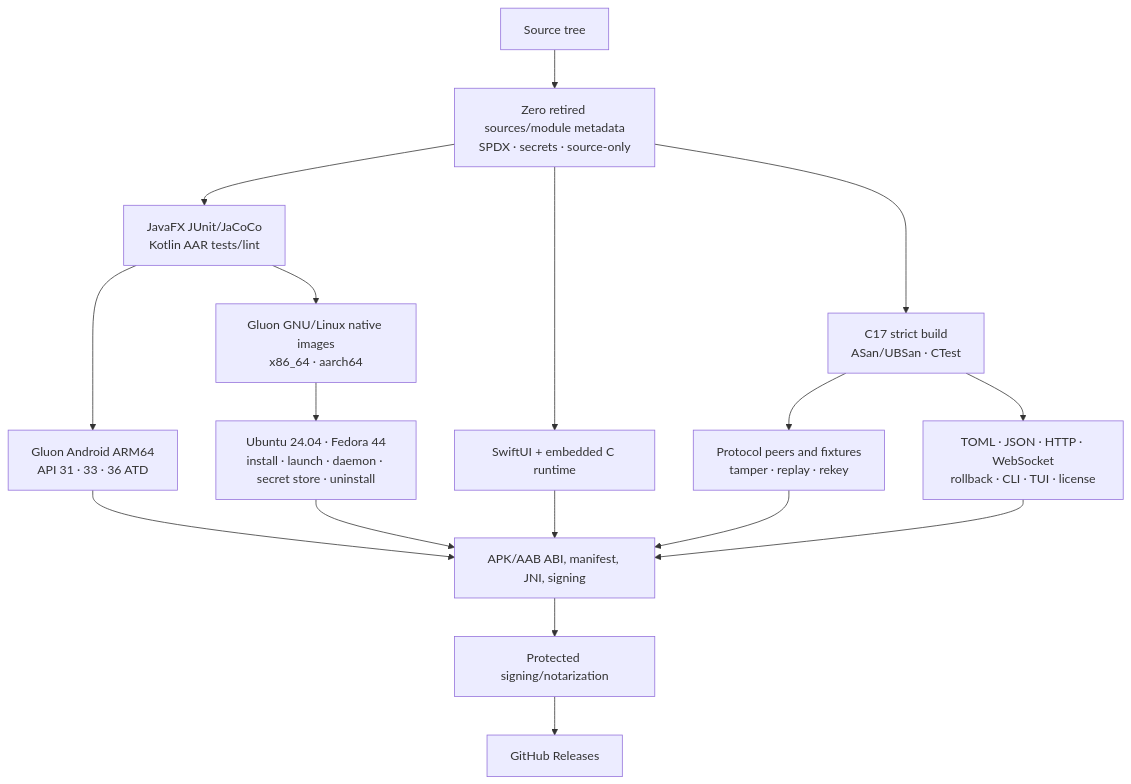
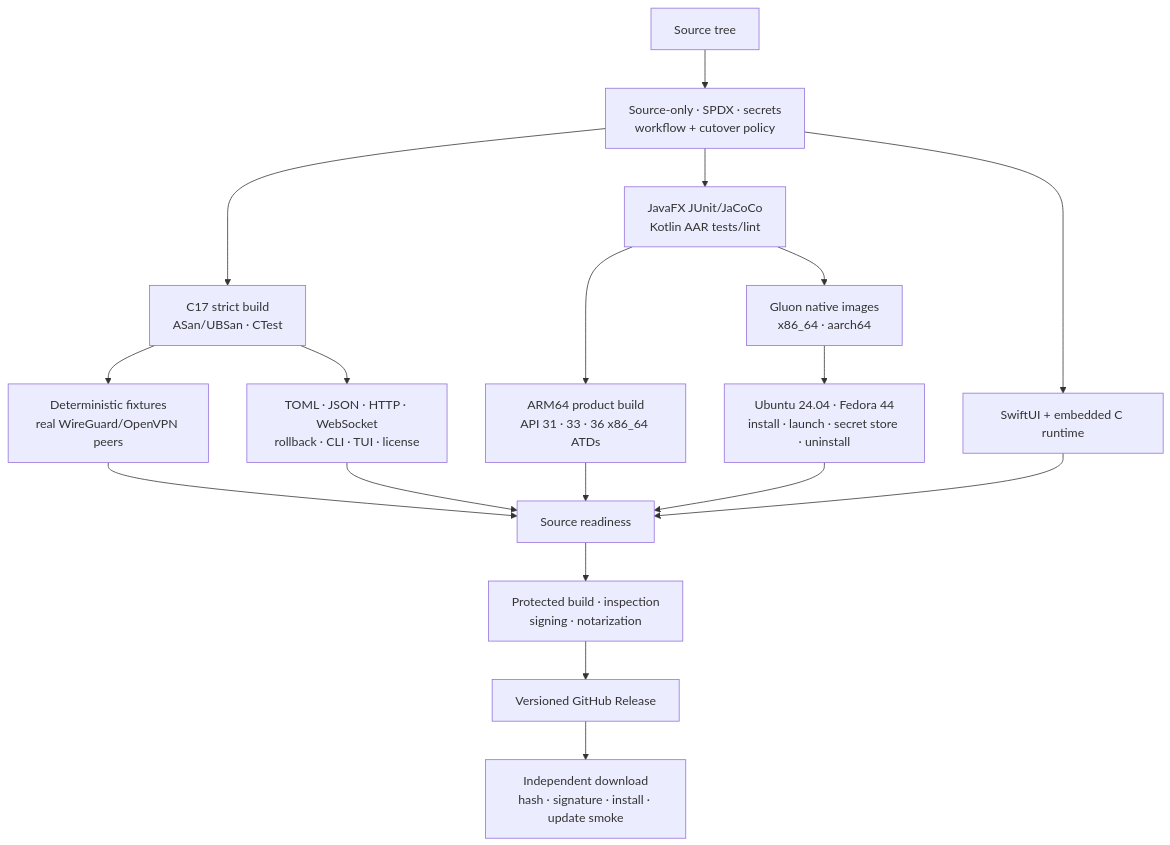
One commit to JohnThre/clambhook changed the diagram in docs/release-validation.md. Above: the diagram before and after it, drawn with Mermaid. The commit also changed other lines of this file and 28 other files, not shown here.

Commit message:
Refresh documentation and diagrams

````diff
--- a/docs/release-validation.md
+++ b/docs/release-validation.md
@@ -12,19 +13,20 @@
 ```mermaid
 flowchart TD
-    source["Source tree"] --> policy["Zero retired sources/module metadata<br/>SPDX · secrets · source-only"]
+    source["Source tree"] --> policy["Source-only · SPDX · secrets<br/>workflow + cutover policy"]
     policy --> native["C17 strict build<br/>ASan/UBSan · CTest"]
     policy --> ui["JavaFX JUnit/JaCoCo<br/>Kotlin AAR tests/lint"]
     policy --> mac["SwiftUI + embedded C runtime"]
-    native --> protocols["Protocol peers and fixtures<br/>tamper · replay · rekey"]
+    native --> protocols["Deterministic fixtures<br/>real WireGuard/OpenVPN peers"]
     native --> contracts["TOML · JSON · HTTP · WebSocket<br/>rollback · CLI · TUI · license"]
-    ui --> android["Gluon Android ARM64<br/>API 31 · 33 · 36 ATD"]
-    ui --> linux["Gluon GNU/Linux native images<br/>x86_64 · aarch64"]
-    linux --> distros["Ubuntu 24.04 · Fedora 44<br/>install · launch · daemon · secret store · uninstall"]
-    android --> inspect["APK/AAB ABI, manifest, JNI, signing"]
-    distros --> inspect
-    mac --> inspect
-    protocols --> inspect
-    contracts --> inspect
-    inspect --> protected["Protected signing/notarization"]
-    protected --> release["GitHub Releases"]
+    ui --> android["ARM64 product build<br/>API 31 · 33 · 36 x86_64 ATDs"]
+    ui --> linux["Gluon native images<br/>x86_64 · aarch64"]
+    linux --> distros["Ubuntu 24.04 · Fedora 44<br/>install · launch · secret store · uninstall"]
+    protocols --> ready["Source readiness"]
+    contracts --> ready
+    android --> ready
+    distros --> ready
+    mac --> ready
+    ready --> protected["Protected build · inspection<br/>signing · notarization"]
+    protected --> published["Versioned GitHub Release"]
+    published --> download["Independent download<br/>hash · signature · install · update smoke"]
 ```
````
